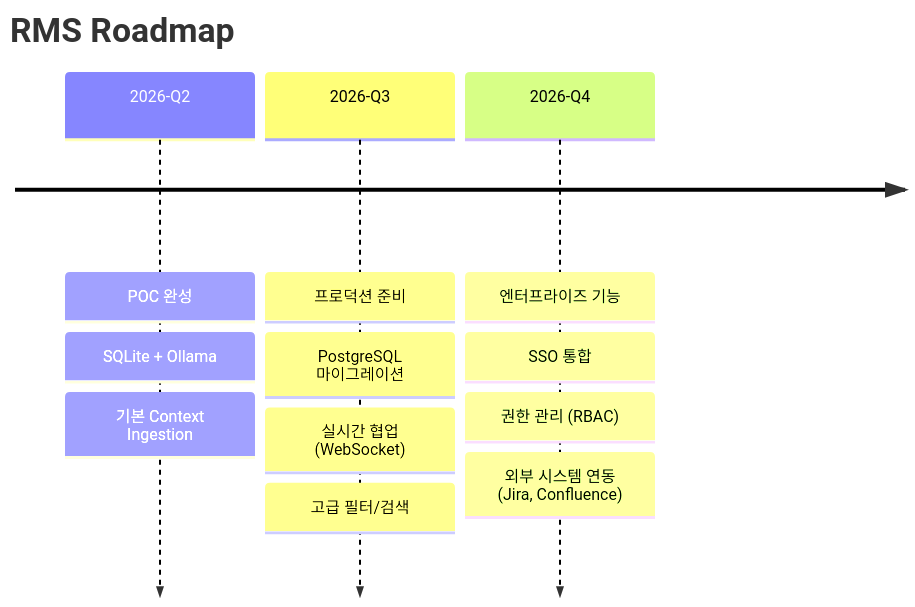
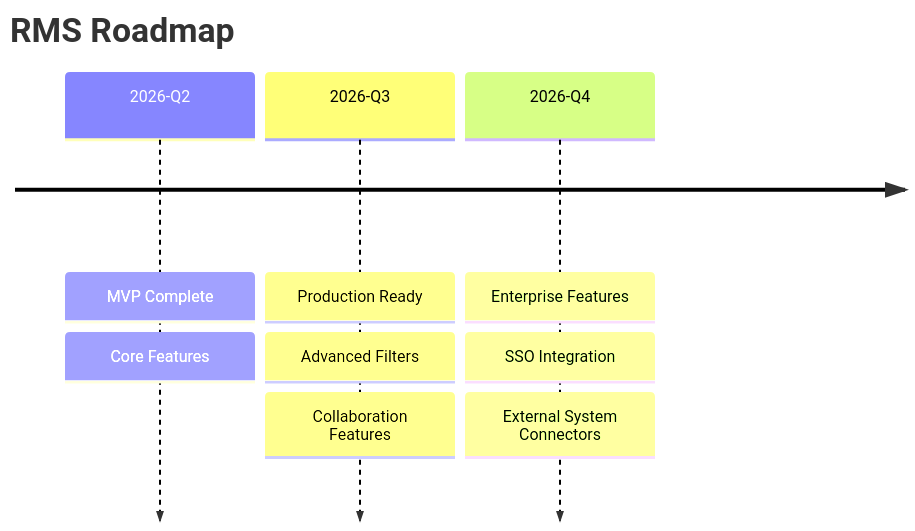
The eighth of 8 diagrams in README.md (Vegitime-bot/Requirement_management), drawn with Mermaid before and after one commit. The commit also changed other lines of this file and 2 other files, not shown here.

````diff
--- a/README.md
+++ b/README.md
@@ -288,15 +346,12 @@
 ```mermaid
 timeline
     title RMS Roadmap
-    2026-Q2 : POC 완성
-            : SQLite + Ollama
-            : 기본 Context Ingestion
-    2026-Q3 : 프로덕션 준비
-            : PostgreSQL 마이그레이션
-            : 실시간 협업 (WebSocket)
-            : 고급 필터/검색
-    2026-Q4 : 엔터프라이즈 기능
-            : SSO 통합
-            : 권한 관리 (RBAC)
-            : 외부 시스템 연동 (Jira, Confluence)
+    2026-Q2 : MVP Complete
+            : Core Features
+    2026-Q3 : Production Ready
+            : Advanced Filters
+            : Collaboration Features
+    2026-Q4 : Enterprise Features
+            : SSO Integration
+            : External System Connectors
 ```
````
